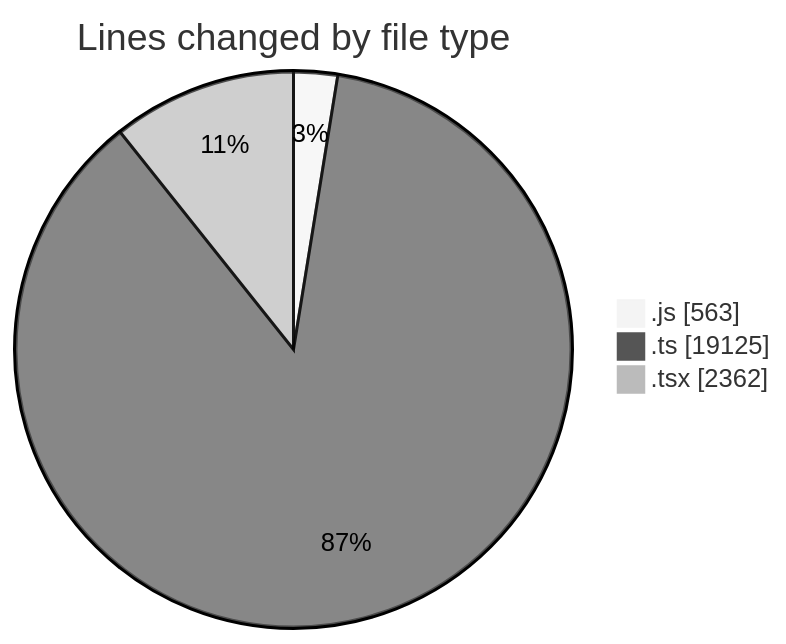
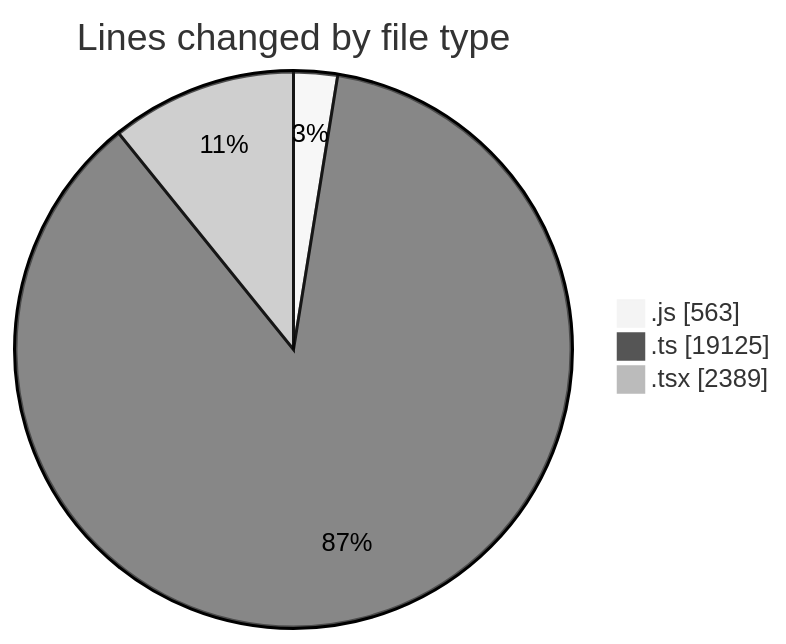
One commit to momahboobian/code-tracking changed the first of 2 diagrams in 2025-11-14/cda/README.md. Above: the diagram before and after it, drawn with Mermaid (neutral theme). The commit also changed other lines of this file and 1 other file, not shown here.

````diff
--- a/2025-11-14/cda/README.md
+++ b/2025-11-14/cda/README.md
@@ -41,7 +41,7 @@
 ```mermaid
 pie showData
 title Lines changed by file type
 ".js" : 563
 ".ts" : 19125
-".tsx" : 2362
+".tsx" : 2389
 ```
````
